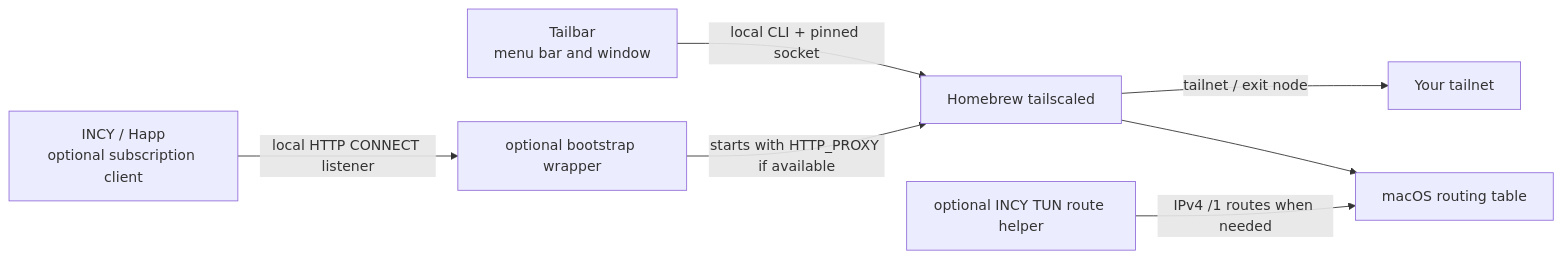
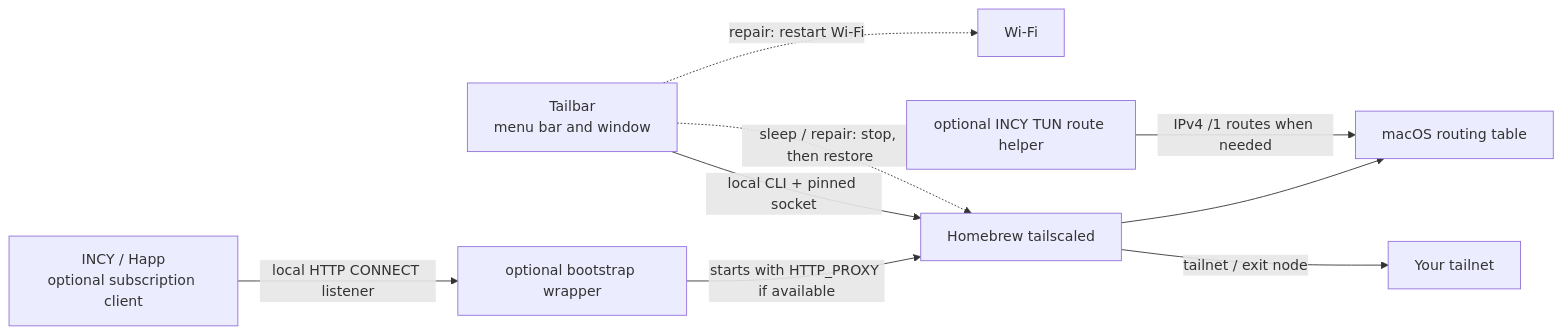
Before and after one commit to s1ttt/tailbar-macos: the diagram in README.md, drawn with Mermaid. The commit also changed other lines of this file and 2 other files, not shown here.

````diff
--- a/README.md
+++ b/README.md
@@ -66,9 +81,11 @@
 ```mermaid
 flowchart LR
     UI["Tailbar<br/>menu bar and window"] -->|local CLI + pinned socket| TS["Homebrew tailscaled"]
     Client["INCY / Happ<br/>optional subscription client"] -->|local HTTP CONNECT listener| Wrapper["optional bootstrap wrapper"]
     Wrapper -->|starts with HTTP_PROXY if available| TS
     TS -->|tailnet / exit node| Net["Your tailnet"]
     Helper["optional INCY TUN route helper"] -->|IPv4 /1 routes when needed| Routes["macOS routing table"]
     TS --> Routes
+    UI -.->|"sleep / repair: stop, then restore"| TS
+    UI -.->|"repair: restart Wi-Fi"| WiFi["Wi-Fi"]
 ```
````
